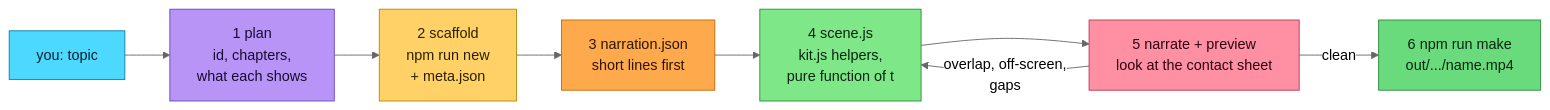
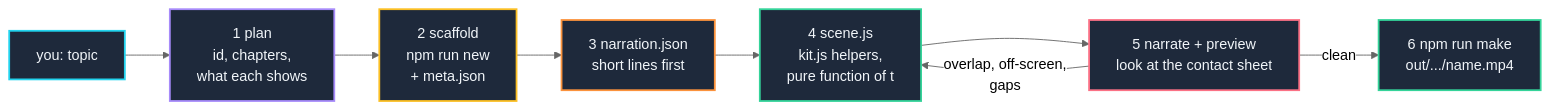
The third of 5 diagrams in README.md (chuongdang/web-animation-to-video), drawn with Mermaid (neutral theme) before and after one commit. The commit also changed other lines of this file, not shown here.

Commit message:
[nokey] update diagrams

````diff
--- a/README.md
+++ b/README.md
@@ -139,18 +139,18 @@
 ```mermaid
 flowchart LR
     ASK["you: topic"]:::ask --> PL["1 plan<br/>id, chapters,<br/>what each shows"]:::plan
     PL --> SC["2 scaffold<br/>npm run new<br/>+ meta.json"]:::scaffold
     SC --> NA["3 narration.json<br/>short lines first"]:::narr
     NA --> SN["4 scene.js<br/>kit.js helpers,<br/>pure function of t"]:::scene
     SN --> PV["5 narrate + preview<br/>look at the contact sheet"]:::check
     PV -->|overlap, off-screen,<br/>gaps| SN
     PV -->|clean| MK["6 npm run make<br/>out/.../name.mp4"]:::out
 
-    classDef ask fill:#4dd8ff,stroke:#0a7ea4,color:#06202b
-    classDef plan fill:#b794f6,stroke:#6b46c1,color:#1a0b33
-    classDef scaffold fill:#ffd166,stroke:#b8860b,color:#2b2100
-    classDef narr fill:#ffa94d,stroke:#c26a00,color:#2b1600
-    classDef scene fill:#7ee787,stroke:#2e8b3d,color:#08240f
-    classDef check fill:#ff8fa3,stroke:#c0364f,color:#2b0610
-    classDef out fill:#69db7c,stroke:#2b8a3e,color:#08240f
+    classDef ask fill:#1e293b,stroke:#22d3ee,stroke-width:2px,color:#f1f5f9
+    classDef plan fill:#1e293b,stroke:#a78bfa,stroke-width:2px,color:#f1f5f9
+    classDef scaffold fill:#1e293b,stroke:#fbbf24,stroke-width:2px,color:#f1f5f9
+    classDef narr fill:#1e293b,stroke:#fb923c,stroke-width:2px,color:#f1f5f9
+    classDef scene fill:#1e293b,stroke:#34d399,stroke-width:2px,color:#f1f5f9
+    classDef check fill:#1e293b,stroke:#fb7185,stroke-width:2px,color:#f1f5f9
+    classDef out fill:#1e293b,stroke:#34d399,stroke-width:2px,color:#f1f5f9
 ```
````
